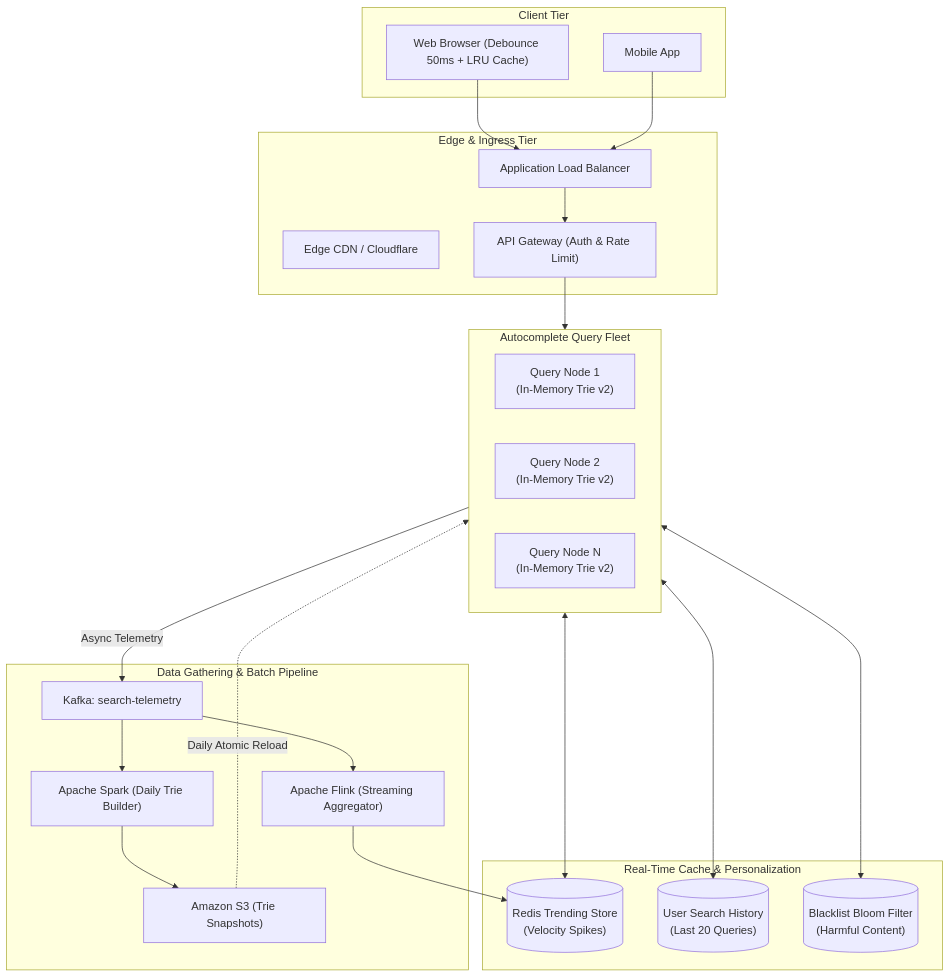
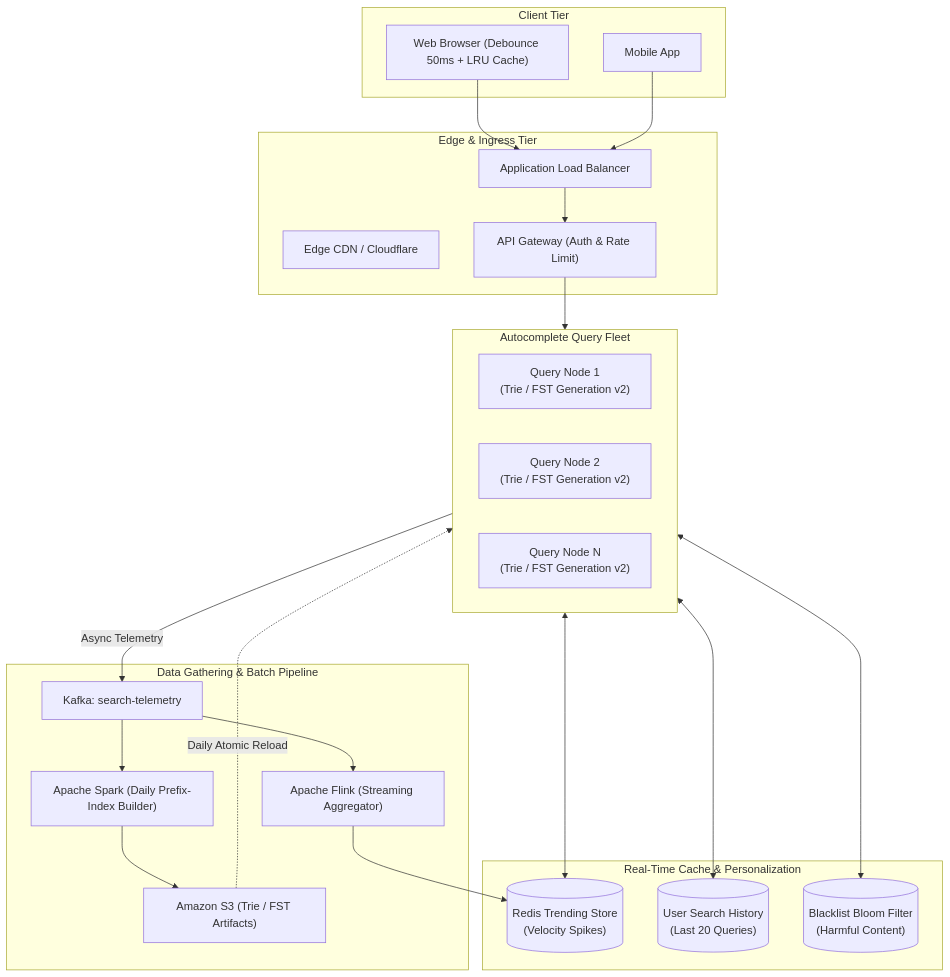
Before and after one commit to abhinnaagrawal/system-design-notes: the fourth of 4 diagrams in 13. Search Autocomplete/Readme.md, drawn with Mermaid. The commit also changed other lines of this file and 8 other files, not shown here.

````diff
--- a/13. Search Autocomplete/Readme.md
+++ b/13. Search Autocomplete/Readme.md
@@ -300,48 +312,48 @@
 ```mermaid
 flowchart TD
     subgraph Clients["Client Tier"]
         Browser["Web Browser (Debounce 50ms + LRU Cache)"]
         Mobile["Mobile App"]
     end
 
     subgraph EdgeTier["Edge & Ingress Tier"]
         CDN["Edge CDN / Cloudflare"]
         ALB["Application Load Balancer"]
         APIGW["API Gateway (Auth & Rate Limit)"]
     end
 
     subgraph QueryFleet["Autocomplete Query Fleet"]
-        Node1["Query Node 1<br/>(In-Memory Trie v2)"]
-        Node2["Query Node 2<br/>(In-Memory Trie v2)"]
-        NodeN["Query Node N<br/>(In-Memory Trie v2)"]
+        Node1["Query Node 1<br/>(Trie / FST Generation v2)"]
+        Node2["Query Node 2<br/>(Trie / FST Generation v2)"]
+        NodeN["Query Node N<br/>(Trie / FST Generation v2)"]
     end
 
     subgraph CacheAndTrending["Real-Time Cache & Personalization"]
         RedisTrend[("Redis Trending Store<br/>(Velocity Spikes)")]
         UserHist[("User Search History<br/>(Last 20 Queries)")]
         FilterCache[("Blacklist Bloom Filter<br/>(Harmful Content)")]
     end
 
     subgraph DataCollection["Data Gathering & Batch Pipeline"]
         KafkaLogs["Kafka: search-telemetry"]
         FlinkAgg["Apache Flink (Streaming Aggregator)"]
-        SparkBatch["Apache Spark (Daily Trie Builder)"]
-        S3Artifacts["Amazon S3 (Trie Snapshots)"]
+        SparkBatch["Apache Spark (Daily Prefix-Index Builder)"]
+        S3Artifacts["Amazon S3 (Trie / FST Artifacts)"]
     end
 
     Browser --> ALB
     Mobile --> ALB
     ALB --> APIGW
     APIGW --> QueryFleet
 
     QueryFleet <--> RedisTrend
     QueryFleet <--> UserHist
     QueryFleet <--> FilterCache
 
     QueryFleet -->|Async Telemetry| KafkaLogs
     KafkaLogs --> FlinkAgg
     FlinkAgg --> RedisTrend
     KafkaLogs --> SparkBatch
     SparkBatch --> S3Artifacts
     S3Artifacts -.->|Daily Atomic Reload| QueryFleet
 ```
````
